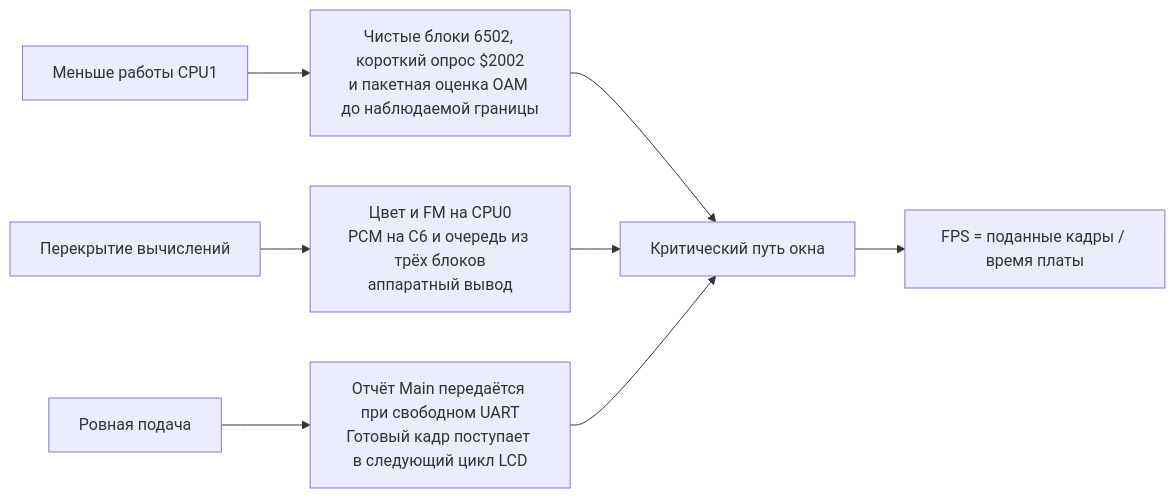
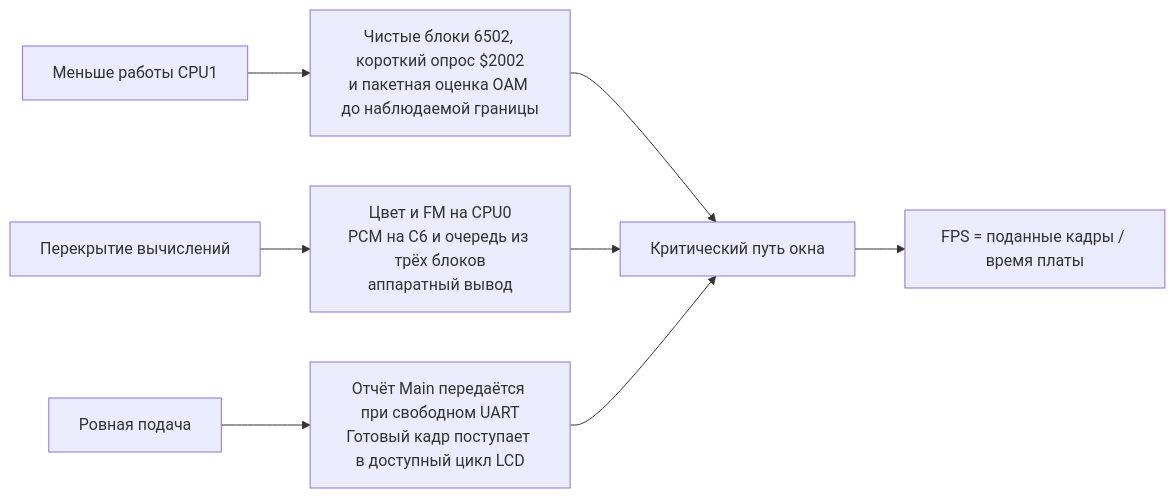
The third of 4 diagrams in bitvyr_nes_p4c6/betta/docs/02-architecture.md (KirPoz/bitvyr), drawn with Mermaid before and after one commit. The commit also changed other lines of this file and 37 other files, not shown here.

````diff
--- a/bitvyr_nes_p4c6/betta/docs/02-architecture.md
+++ b/bitvyr_nes_p4c6/betta/docs/02-architecture.md
@@ -85,10 +97,10 @@
 ```mermaid
 flowchart LR
     A["Меньше работы CPU1"] --> B["Чистые блоки 6502, короткий опрос $2002<br/>и пакетная оценка OAM до наблюдаемой границы"]
     C["Перекрытие вычислений"] --> D["Цвет и FM на CPU0<br/>PCM на C6 и очередь из трёх блоков<br/>аппаратный вывод"]
-    E["Ровная подача"] --> F["Отчёт Main передаётся при свободном UART<br/>Готовый кадр поступает в следующий цикл LCD"]
+    E["Ровная подача"] --> F["Отчёт Main передаётся при свободном UART<br/>Готовый кадр поступает в доступный цикл LCD"]
     B --> G["Критический путь окна"]
     D --> G
     F --> G
     G --> H["FPS = поданные кадры / время платы"]
 ```
````
